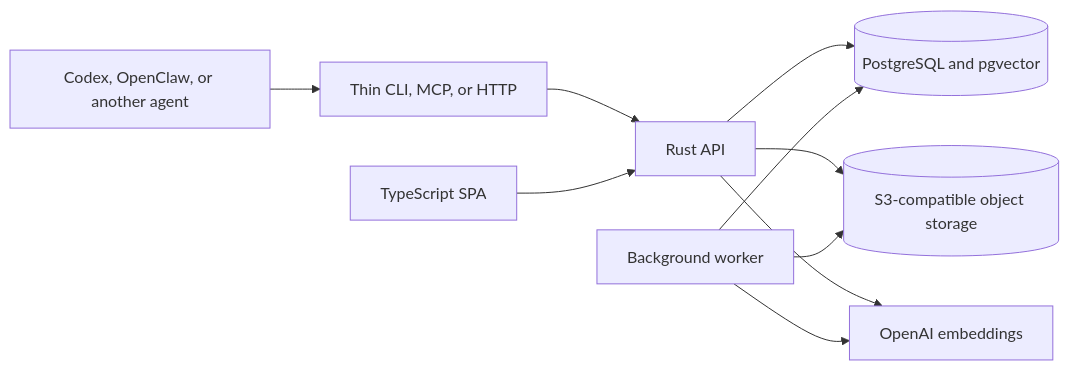
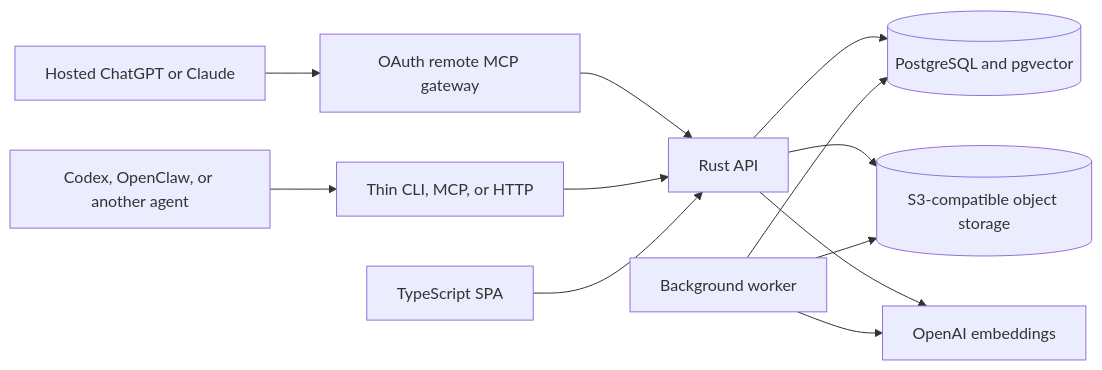
The diagram in docs/Architecture.md (TorKallon/brunn), drawn with Mermaid before and after one commit. The commit also changed other lines of this file and 16 other files, not shown here.

Commit message:
Add OAuth remote MCP gateway

````diff
--- a/docs/Architecture.md
+++ b/docs/Architecture.md
@@ -32,12 +32,14 @@
 ```mermaid
 flowchart LR
     A["Codex, OpenClaw, or another agent"] --> B["Thin CLI, MCP, or HTTP"]
+    H["Hosted ChatGPT or Claude"] --> G["OAuth remote MCP gateway"]
+    G --> R
     B --> R["Rust API"]
     S["TypeScript SPA"] --> R
     R --> P[("PostgreSQL and pgvector")]
     R --> O[("S3-compatible object storage")]
     R --> E["OpenAI embeddings"]
     W["Background worker"] --> P
     W --> O
     W --> E
 ```
````
